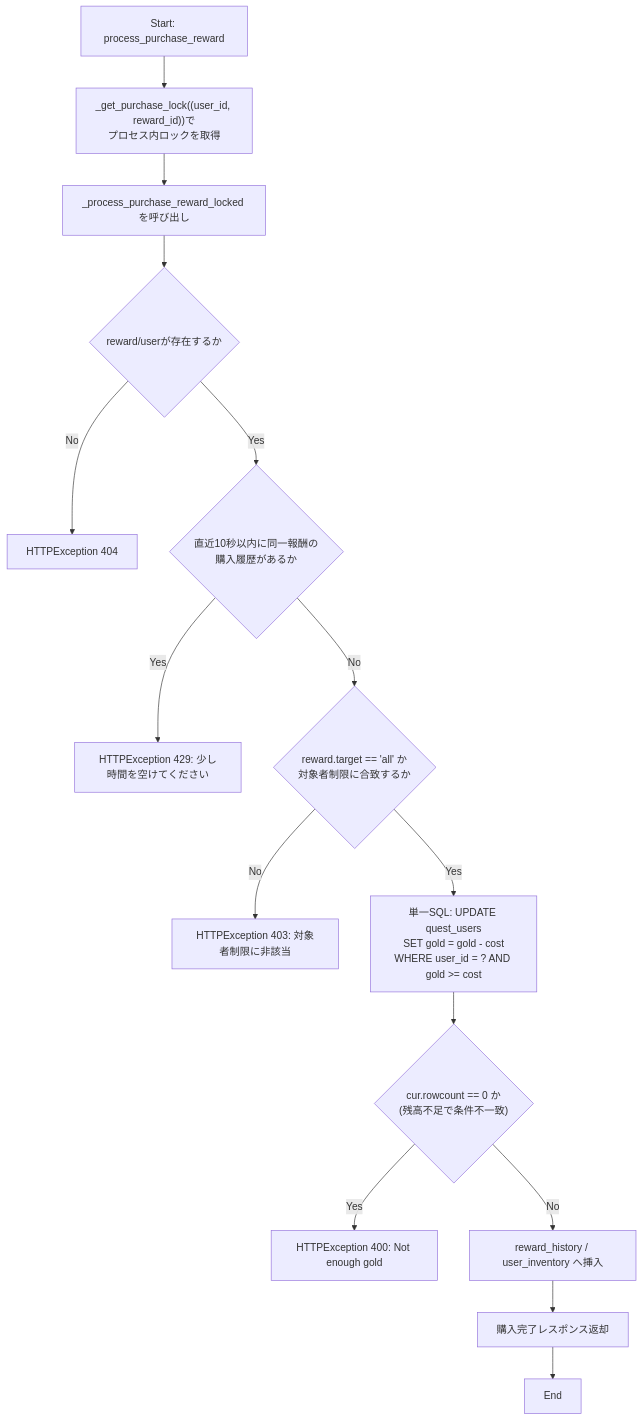
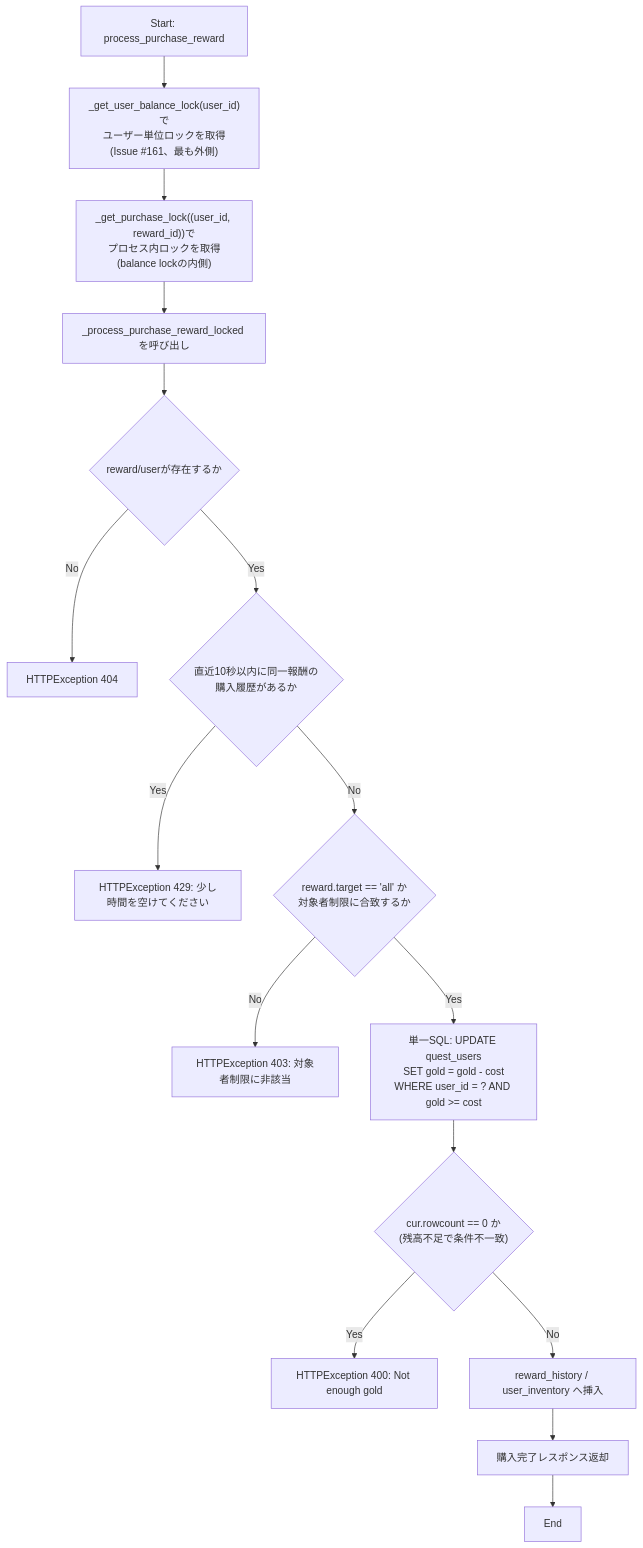
The second of 5 diagrams in docs/specifications/MY_HOME_SYSTEM/quest_service.md (mmtigers/my_python_project), drawn with Mermaid before and after one commit. The commit also changed other lines of this file and 2 other files, not shown here.

First line of the commit message:
fix(quest): quest_usersを書き換える完了/購入経路にもuser balance lockを取得させ、経路をまたぐlost updateを防ぐ

````diff
--- a/docs/specifications/MY_HOME_SYSTEM/quest_service.md
+++ b/docs/specifications/MY_HOME_SYSTEM/quest_service.md
@@ -590,18 +595,19 @@
 ```mermaid
 flowchart TD
-    PStart[Start: process_purchase_reward] --> PAcquireLock["_get_purchase_lock((user_id, reward_id))で<br>プロセス内ロックを取得"]
+    PStart[Start: process_purchase_reward] --> PAcquireBalanceLock["_get_user_balance_lock(user_id)で<br>ユーザー単位ロックを取得(Issue #161、最も外側)"]
+    PAcquireBalanceLock --> PAcquireLock["_get_purchase_lock((user_id, reward_id))で<br>プロセス内ロックを取得(balance lockの内側)"]
     PAcquireLock --> PCallLocked["_process_purchase_reward_locked を呼び出し"]
     PCallLocked --> PSelect{"reward/userが存在するか"}
     PSelect -- No --> PErr404[HTTPException 404]
     PSelect -- Yes --> PSpamCheck{"直近10秒以内に同一報酬の<br>購入履歴があるか"}
     PSpamCheck -- Yes --> PErr429[HTTPException 429: 少し時間を空けてください]
     PSpamCheck -- No --> PTargetCheck{"reward.target == 'all' か<br>対象者制限に合致するか"}
     PTargetCheck -- No --> PErr403[HTTPException 403: 対象者制限に非該当]
     PTargetCheck -- Yes --> PAtomicUpdate["単一SQL: UPDATE quest_users<br>SET gold = gold - cost<br>WHERE user_id = ? AND gold >= cost"]
     PAtomicUpdate --> PRowCheck{"cur.rowcount == 0 か<br>(残高不足で条件不一致)"}
     PRowCheck -- Yes --> PErr400[HTTPException 400: Not enough gold]
     PRowCheck -- No --> PInsertHistory["reward_history / user_inventory へ挿入"]
     PInsertHistory --> PReturn["購入完了レスポンス返却"]
     PReturn --> PEnd[End]
 
 ```
````
